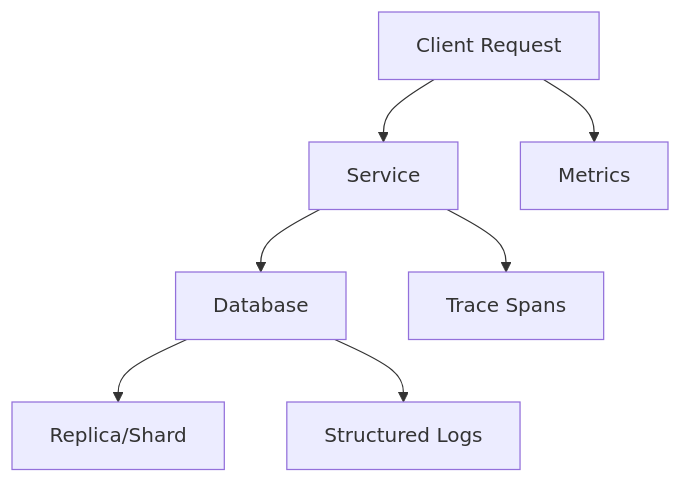
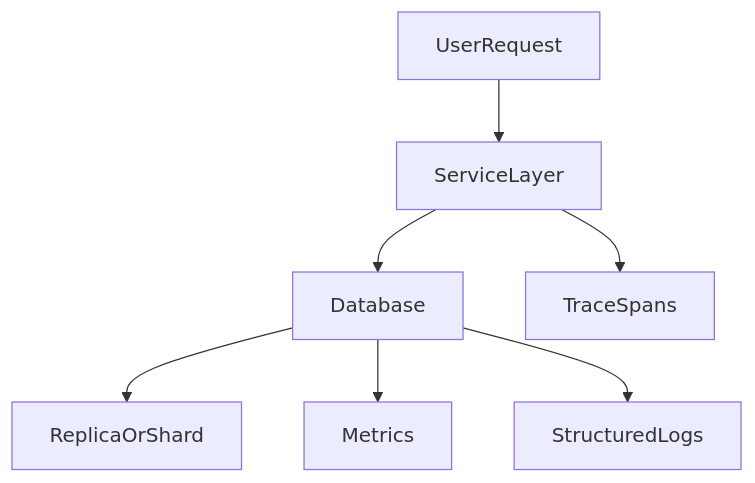
One commit to GabrielAlmeidaFlores/Senior-Software-Architect changed the first of 2 diagrams in database/database-masterclass/04-architectural-decision-framework/02-operational-excellence-for-databases.md. Above: the diagram before and after it, drawn with Mermaid. The commit also changed other lines of this file and 19 other files, not shown here.

````diff
--- a/database/database-masterclass/04-architectural-decision-framework/02-operational-excellence-for-databases.md
+++ b/database/database-masterclass/04-architectural-decision-framework/02-operational-excellence-for-databases.md
@@ -50,9 +62,9 @@
 ```mermaid
 flowchart TD
-    A[Client Request] --> B[Service]
-    B --> C[Database]
-    C --> D[Replica/Shard]
-    A --> M[Metrics]
-    B --> T[Trace Spans]
-    C --> L[Structured Logs]
+    request[UserRequest] --> service[ServiceLayer]
+    service --> database[Database]
+    database --> replica[ReplicaOrShard]
+    service --> traces[TraceSpans]
+    database --> metrics[Metrics]
+    database --> logs[StructuredLogs]
 ```
````
